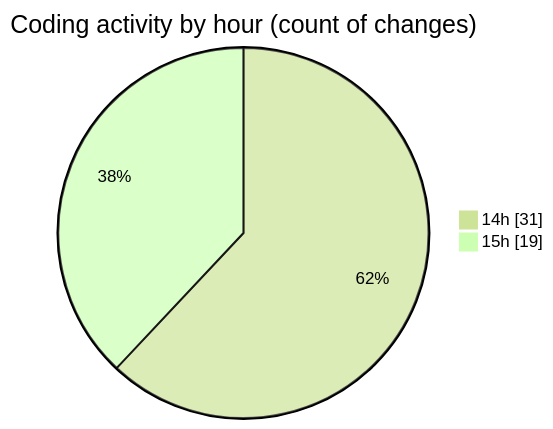
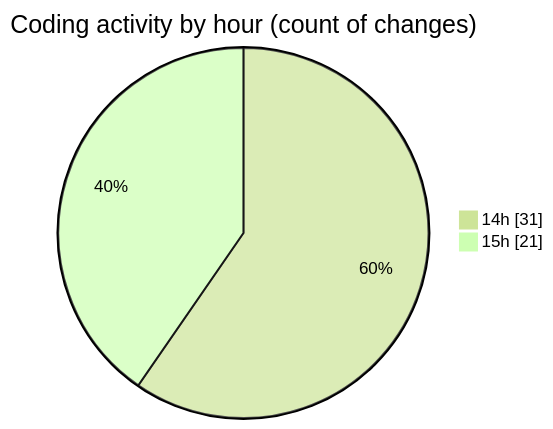
The second of 2 diagrams in 2026-05-11/cda/README.md (momahboobian/code-tracking), drawn with Mermaid (forest theme) before and after one commit. The commit also changed other lines of this file and 1 other file, not shown here.

````diff
--- a/2026-05-11/cda/README.md
+++ b/2026-05-11/cda/README.md
@@ -46,6 +47,6 @@
 ```mermaid
 pie showData
 title Coding activity by hour (count of changes)
 "14h" : 31
-"15h" : 19
+"15h" : 21
 ```
````
